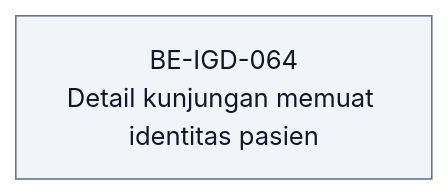
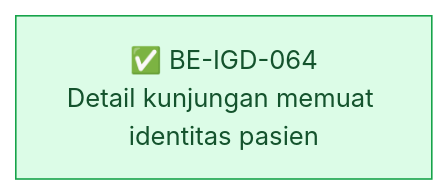
One commit to DevBenari/NewQuilvianSystemBackend changed diagram 13 of 13 in docs/module-blueprints/igd/roadmap/backend-roadmap.md. Above: the diagram before and after it, drawn with Mermaid (base theme). The commit also changed other lines of this file and 12 other files, not shown here.

Commit message:
memperbaiki igd tranfer pasien

````diff
--- a/docs/module-blueprints/igd/roadmap/backend-roadmap.md
+++ b/docs/module-blueprints/igd/roadmap/backend-roadmap.md
@@ -3277,10 +3277,10 @@
 ```mermaid
 flowchart LR
     classDef selesai fill:#DCFCE7,stroke:#16A34A,color:#14532D
     classDef sebagian fill:#FEF9C3,stroke:#CA8A04,color:#713F12
     classDef terblokir fill:#FEE2E2,stroke:#DC2626,color:#7F1D1D
     classDef belum fill:#F1F5F9,stroke:#64748B,color:#0F172A
     classDef luar fill:#EDE9FE,stroke:#7C3AED,color:#3B0764
 
-    BEIGD064["BE-IGD-064<br/>Detail kunjungan memuat identitas pasien"]:::belum
+    BEIGD064["✅ BE-IGD-064<br/>Detail kunjungan memuat identitas pasien"]:::selesai
 ```
````
